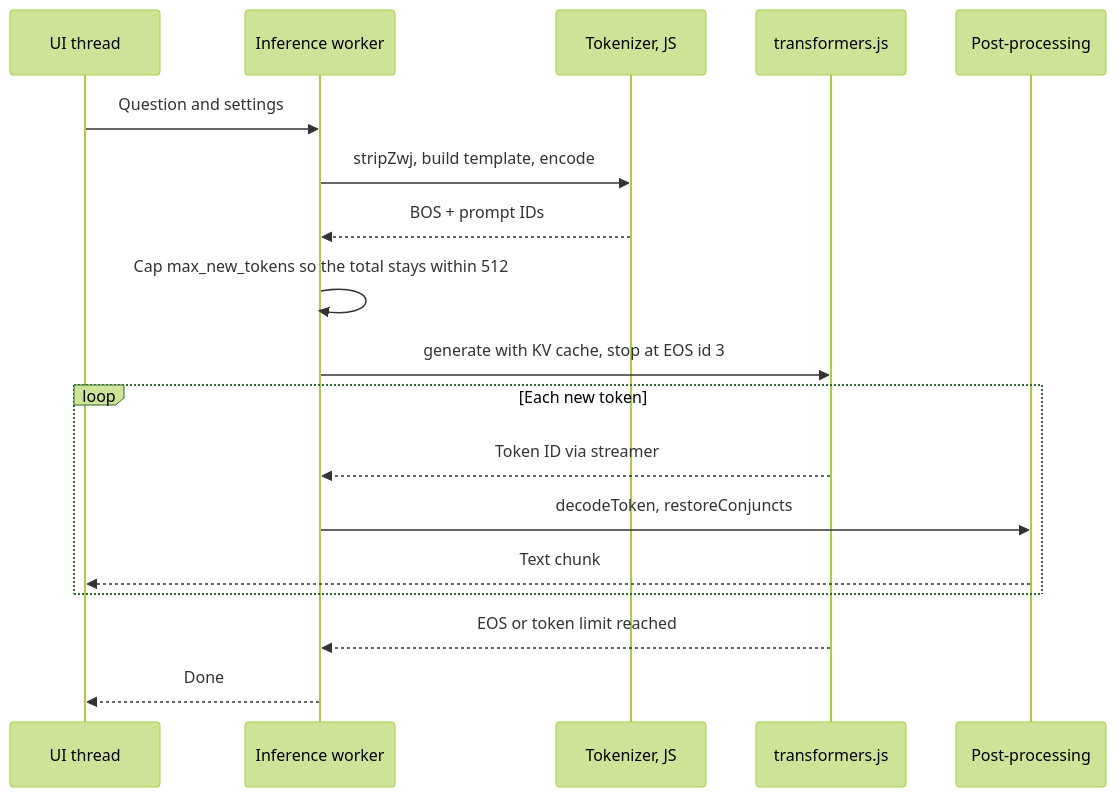
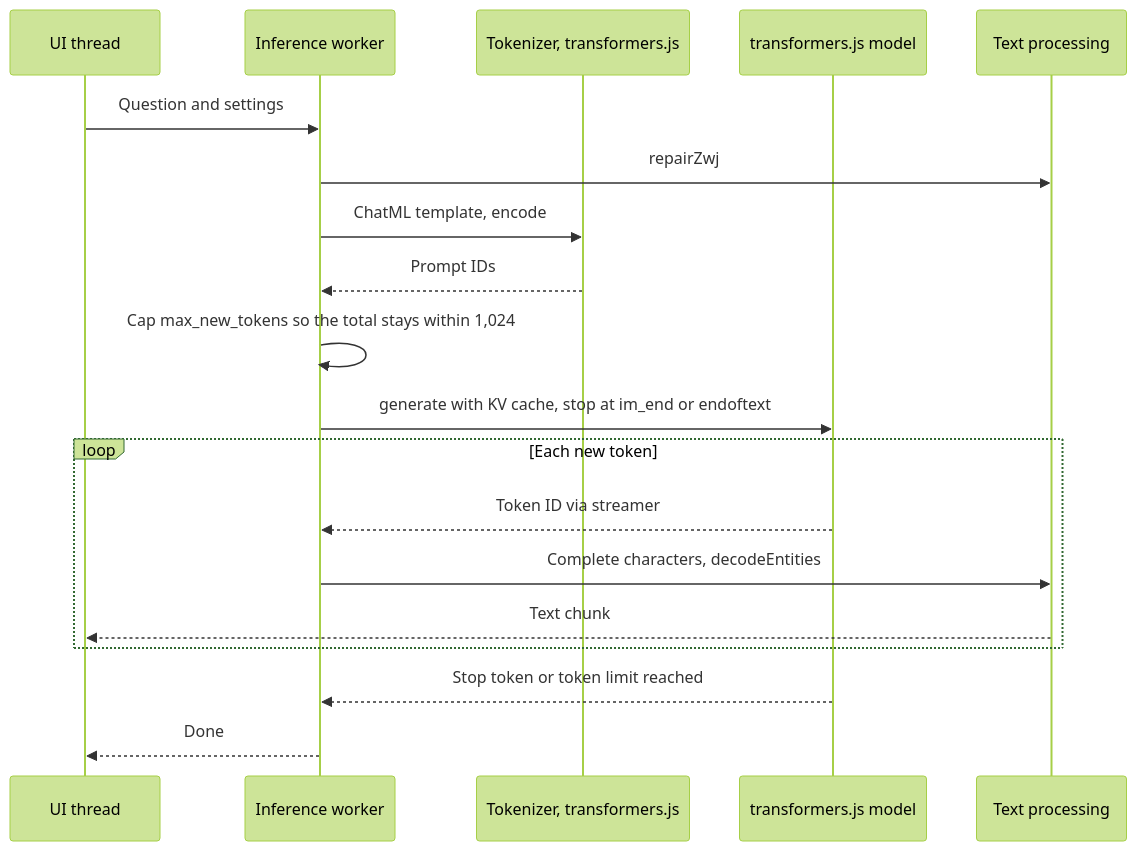
One commit to sinsankio/sinhalalm-offline changed the fourth of 6 diagrams in docs/sinhalalm-browser-proposal.md. Above: the diagram before and after it, drawn with Mermaid (forest theme). The commit also changed other lines of this file, not shown here.

````diff
--- a/docs/sinhalalm-browser-proposal.md
+++ b/docs/sinhalalm-browser-proposal.md
@@ -299,20 +214,21 @@
 ```mermaid
 sequenceDiagram
   participant UI as UI thread
   participant W as Inference worker
-  participant T as Tokenizer, JS
-  participant RT as transformers.js
-  participant P as Post-processing
+  participant T as Tokenizer, transformers.js
+  participant RT as transformers.js model
+  participant P as Text processing
   UI->>W: Question and settings
-  W->>T: stripZwj, build template, encode
-  T-->>W: BOS + prompt IDs
-  W->>W: Cap max_new_tokens so the total stays within 512
-  W->>RT: generate with KV cache, stop at EOS id 3
+  W->>P: repairZwj
+  W->>T: ChatML template, encode
+  T-->>W: Prompt IDs
+  W->>W: Cap max_new_tokens so the total stays within 1,024
+  W->>RT: generate with KV cache, stop at im_end or endoftext
   loop Each new token
     RT-->>W: Token ID via streamer
-    W->>P: decodeToken, restoreConjuncts
+    W->>P: Complete characters, decodeEntities
     P-->>UI: Text chunk
   end
-  RT-->>W: EOS or token limit reached
+  RT-->>W: Stop token or token limit reached
   W-->>UI: Done
 ```
````
